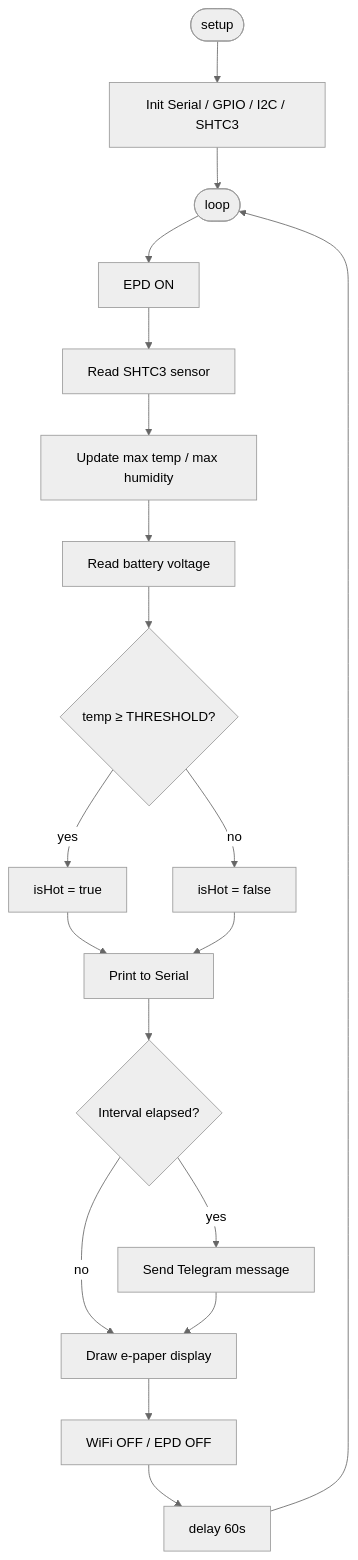
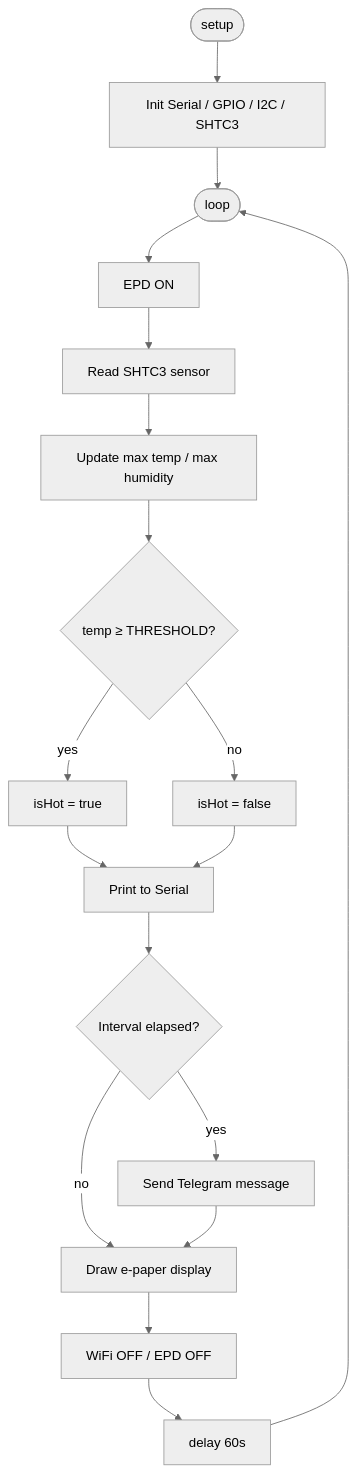
Before and after one commit to AlessandroLorenzi/hot-dog-2: the diagram in README.md, drawn with Mermaid (neutral theme).

Commit message:
Update README diagram: remove battery voltage step

````diff
--- a/README.md
+++ b/README.md
@@ -40,20 +40,19 @@
 ```mermaid
 flowchart TD
     A([setup]) --> B[Init Serial / GPIO / I2C / SHTC3]
     B --> C([loop])
     C --> D[EPD ON]
     D --> E[Read SHTC3 sensor]
     E --> F[Update max temp / max humidity]
-    F --> G[Read battery voltage]
-    G --> H{temp ≥ THRESHOLD?}
+    F --> H{temp ≥ THRESHOLD?}
     H -- yes --> I[isHot = true]
     H -- no  --> J[isHot = false]
     I & J --> K[Print to Serial]
     K --> L{Interval elapsed?}
     L -- no  --> N
     L -- yes --> M[Send Telegram message]
     M --> N[Draw e-paper display]
     N --> O[WiFi OFF / EPD OFF]
     O --> P[delay 60s]
     P --> C
 ```
````
